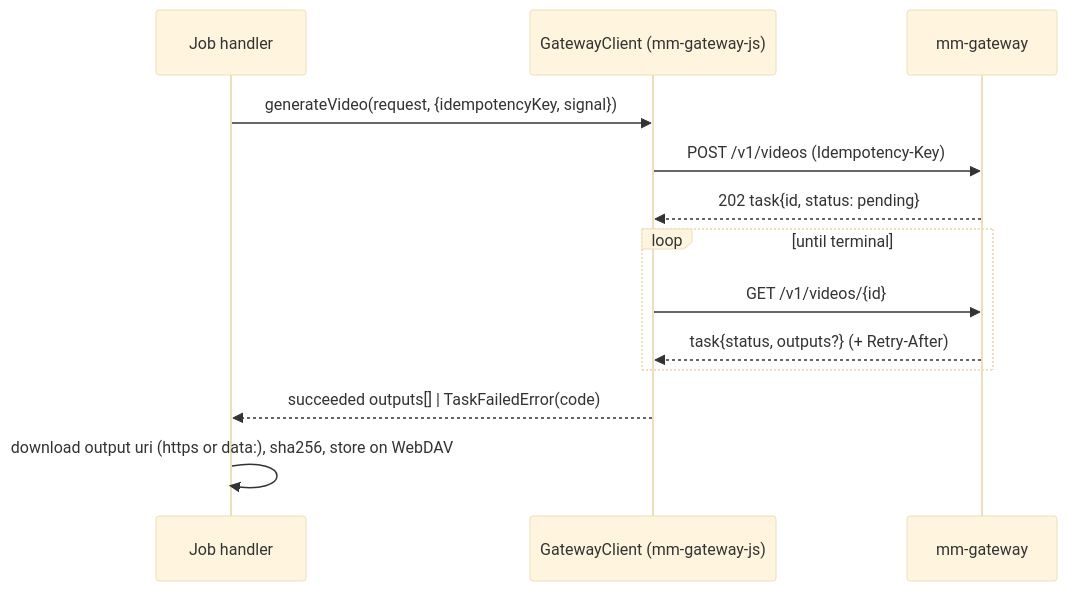
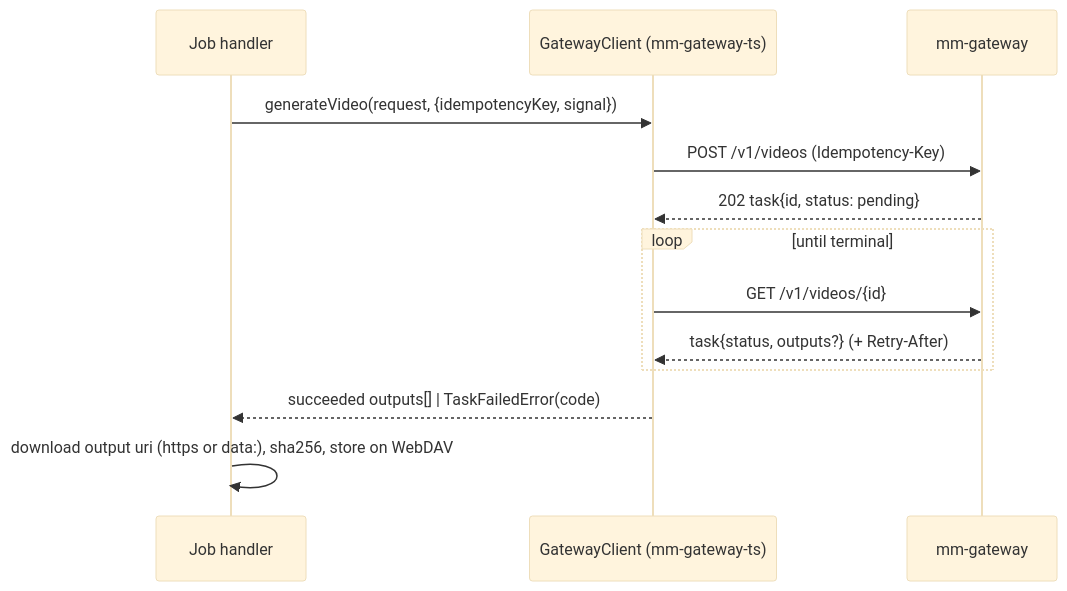
One commit to sloth-os/rideo changed the diagram in docs/design/generation-pipeline.md. Above: the diagram before and after it, drawn with Mermaid (base theme). The commit also changed 44 other files, not shown here.

````diff
--- a/docs/design/generation-pipeline.md
+++ b/docs/design/generation-pipeline.md
@@ -81,15 +81,15 @@
 ```mermaid
 sequenceDiagram
   participant J as Job handler
-  participant C as GatewayClient (mm-gateway-js)
+  participant C as GatewayClient (mm-gateway-ts)
   participant G as mm-gateway
   J->>C: generateVideo(request, {idempotencyKey, signal})
   C->>G: POST /v1/videos (Idempotency-Key)
   G-->>C: 202 task{id, status: pending}
   loop until terminal
     C->>G: GET /v1/videos/{id}
     G-->>C: task{status, outputs?} (+ Retry-After)
   end
   C-->>J: succeeded outputs[] | TaskFailedError(code)
   J->>J: download output uri (https or data:), sha256, store on WebDAV
 ```
````
